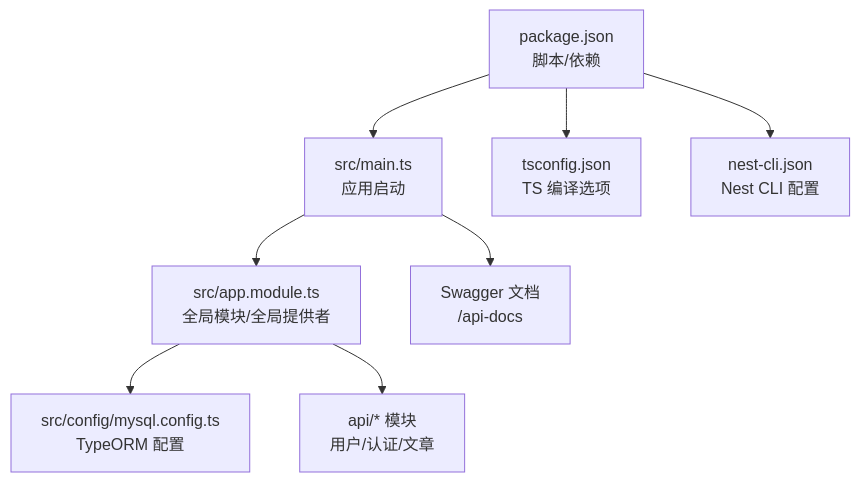
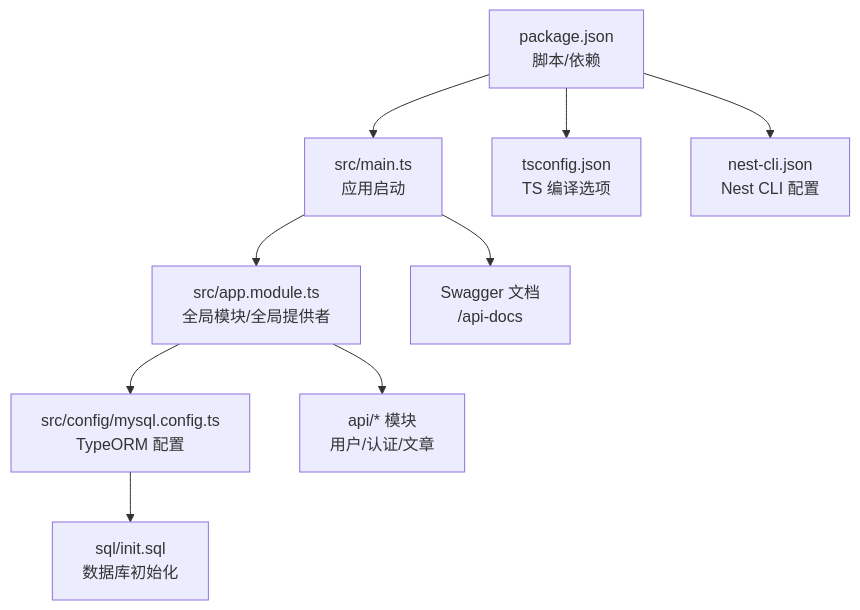
The first of 3 diagrams in .qoder/repowiki/zh/content/开发指南/环境配置.md (JsonFish/json-server), drawn with Mermaid before and after one commit. The commit also changed other lines of this file and 52 other files, not shown here.

````diff
--- a/.qoder/repowiki/zh/content/开发指南/环境配置.md
+++ b/.qoder/repowiki/zh/content/开发指南/环境配置.md
@@ -39,10 +47,11 @@
 ```mermaid
 graph TB
 A["package.json<br/>脚本/依赖"] --> B["src/main.ts<br/>应用启动"]
 A --> C["tsconfig.json<br/>TS 编译选项"]
 A --> D["nest-cli.json<br/>Nest CLI 配置"]
 B --> E["src/app.module.ts<br/>全局模块/全局提供者"]
 E --> F["src/config/mysql.config.ts<br/>TypeORM 配置"]
 E --> G["api/* 模块<br/>用户/认证/文章"]
 B --> H["Swagger 文档<br/>/api-docs"]
+F --> I["sql/init.sql<br/>数据库初始化"]
 ```
````
